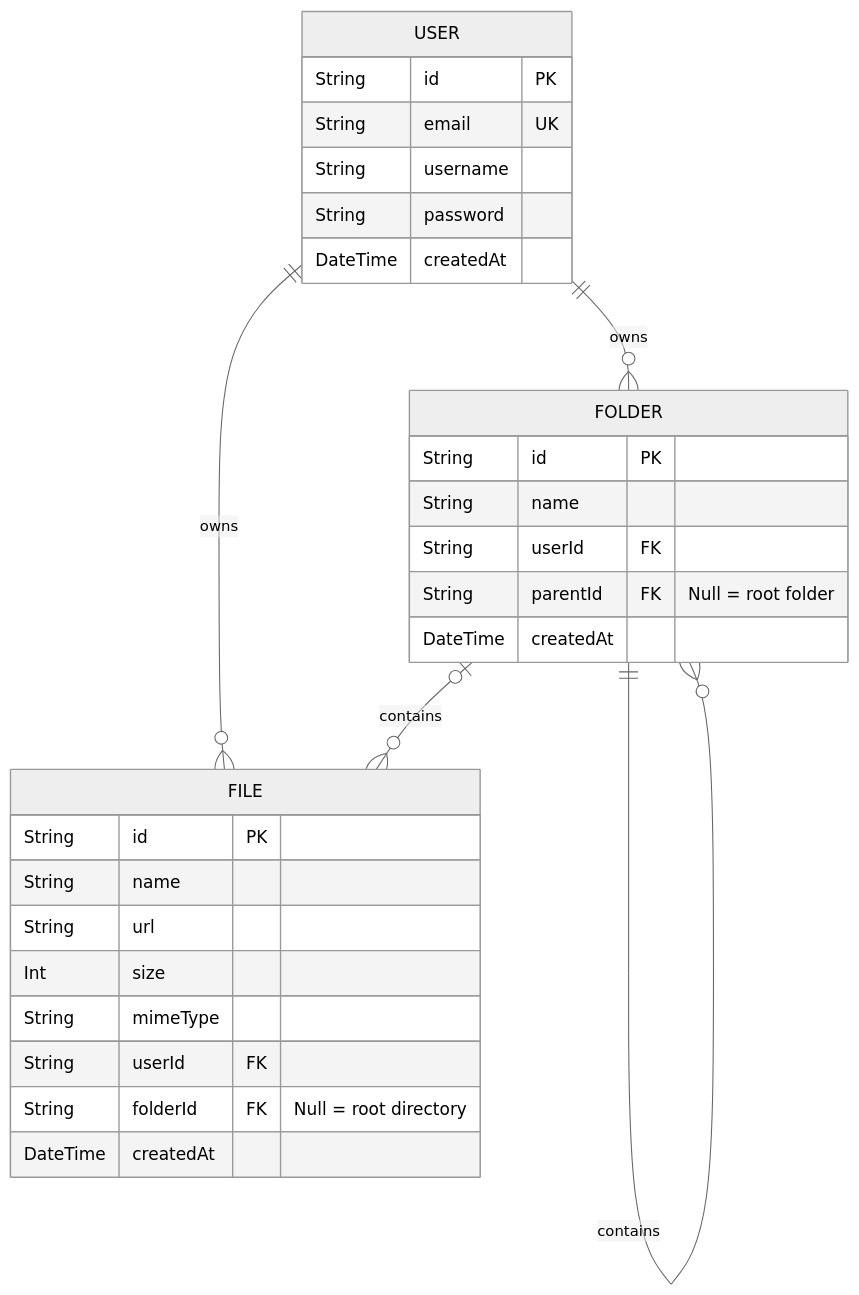
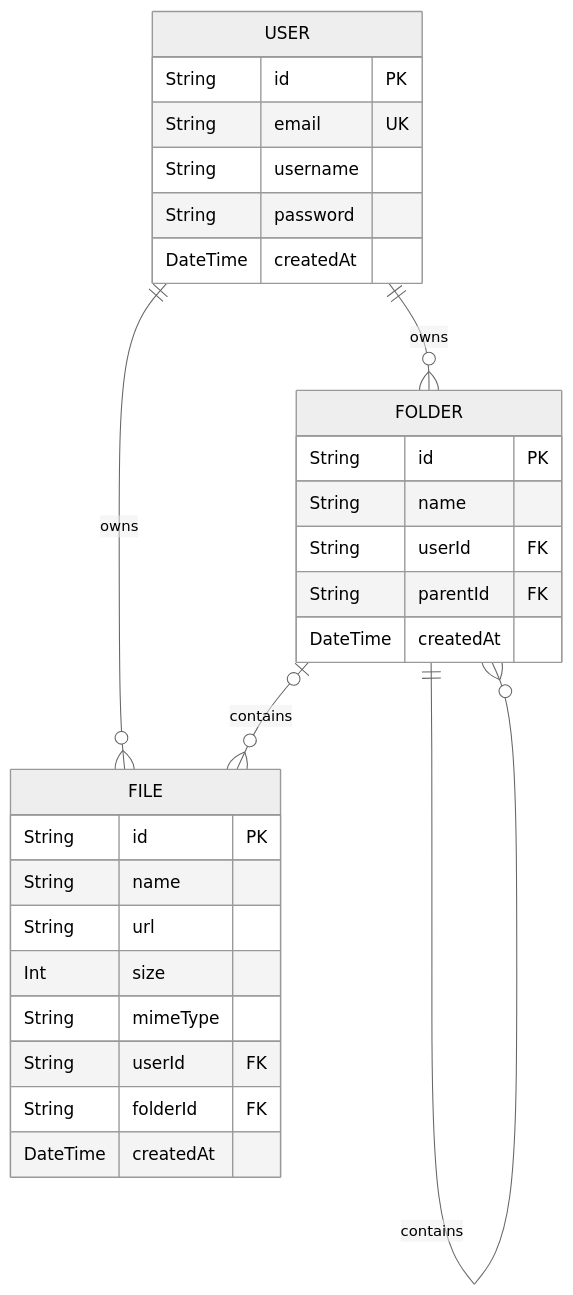
Before and after one commit to AlexLi1989/UDrive: the diagram in README.md, drawn with Mermaid (neutral theme).

Commit message:
fix:fix readme er diagram

````diff
--- a/README.md
+++ b/README.md
@@ -82,34 +82,34 @@
 ```mermaid
 erDiagram
     USER ||--o{ FOLDER : "owns"
     USER ||--o{ FILE : "owns"
     FOLDER ||--o{ FOLDER : "contains"
     FOLDER |o--o{ FILE : "contains"
 
     USER {
         String id PK
         String email UK
         String username
         String password
         DateTime createdAt
     }
 
     FOLDER {
         String id PK
         String name
         String userId FK
-        String parentId FK "Null = root folder"
+        String parentId FK
         DateTime createdAt
     }
 
     FILE {
         String id PK
         String name
         String url
         Int size
         String mimeType
         String userId FK
-        String folderId FK "Null = root directory"
+        String folderId FK
         DateTime createdAt
     }
 ```
````
